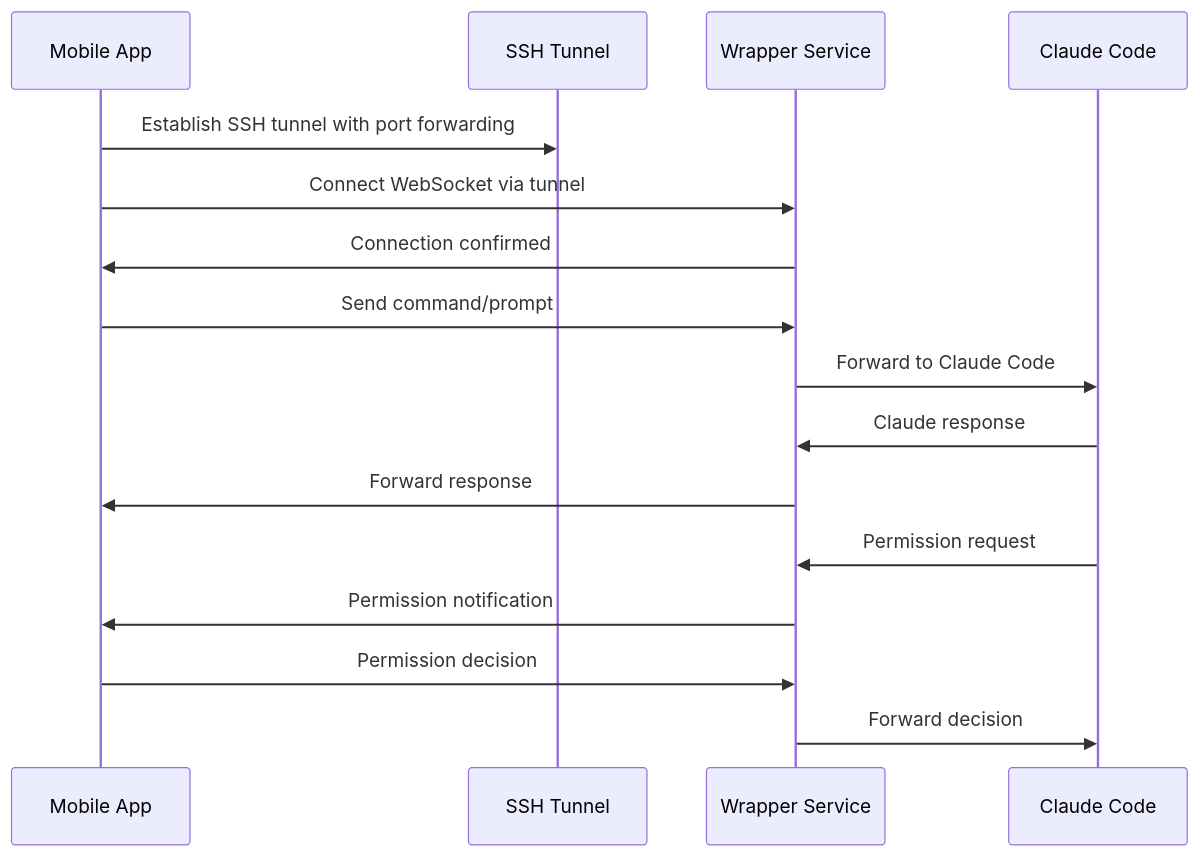
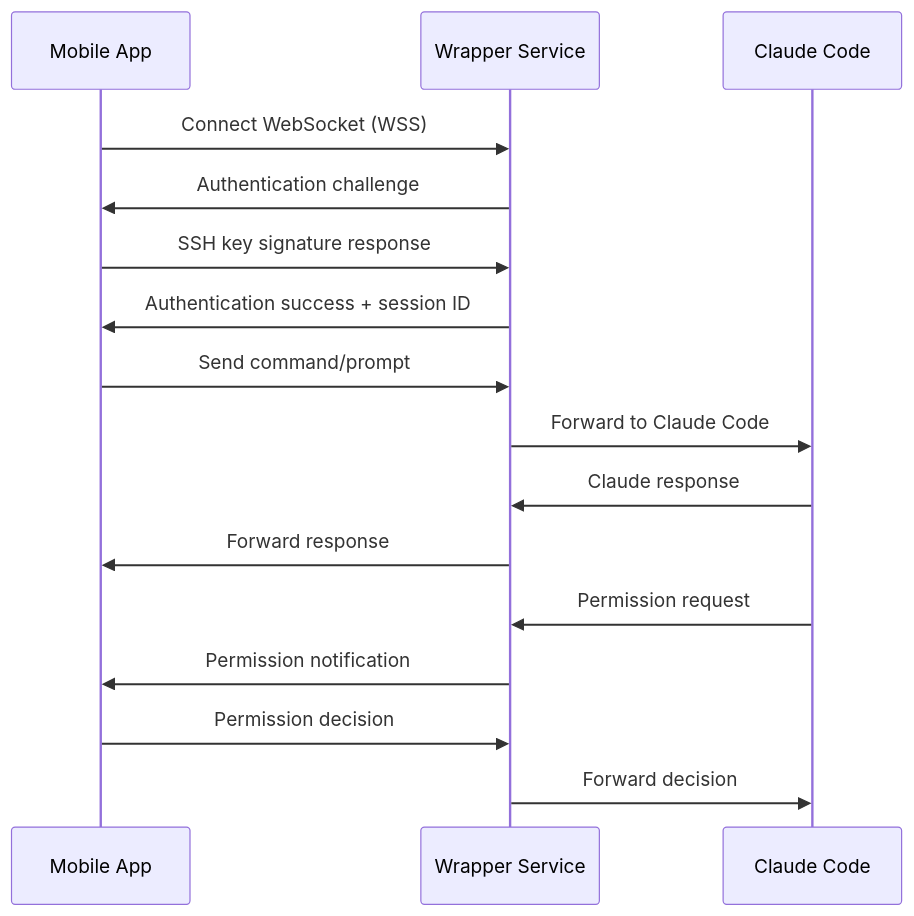
One commit to bebsworthy/pocket_agent changed the fourth of 6 diagrams in documentation/frontend.spec.md. Above: the diagram before and after it, drawn with Mermaid. The commit also changed other lines of this file and 11 other files, not shown here.

First line of the commit message:
Update documentation for JSON storage and direct WebSocket architecture

````diff
--- a/documentation/frontend.spec.md
+++ b/documentation/frontend.spec.md
@@ -509,21 +507,21 @@
 ```mermaid
 sequenceDiagram
     participant M as Mobile App
-    participant S as SSH Tunnel
     participant W as Wrapper Service
     participant C as Claude Code
     
-    M->>S: Establish SSH tunnel with port forwarding
-    M->>W: Connect WebSocket via tunnel
-    W->>M: Connection confirmed
+    M->>W: Connect WebSocket (WSS)
+    W->>M: Authentication challenge
+    M->>W: SSH key signature response
+    W->>M: Authentication success + session ID
     
     M->>W: Send command/prompt
     W->>C: Forward to Claude Code
     C->>W: Claude response
     W->>M: Forward response
     
     C->>W: Permission request
     W->>M: Permission notification
     M->>W: Permission decision
     W->>C: Forward decision
 ```
````
